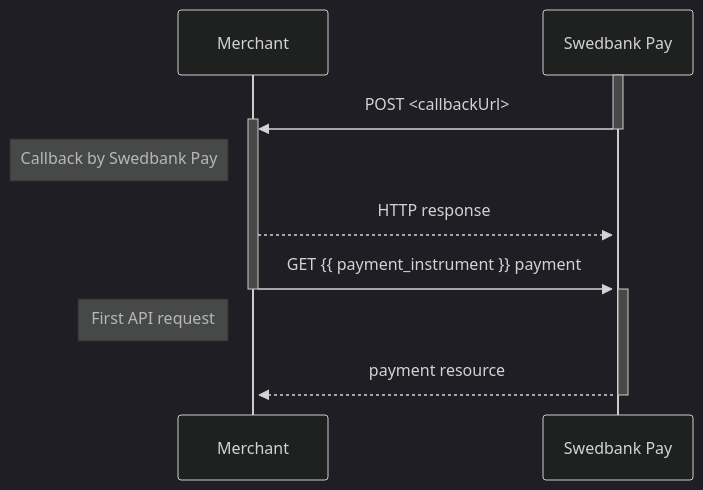
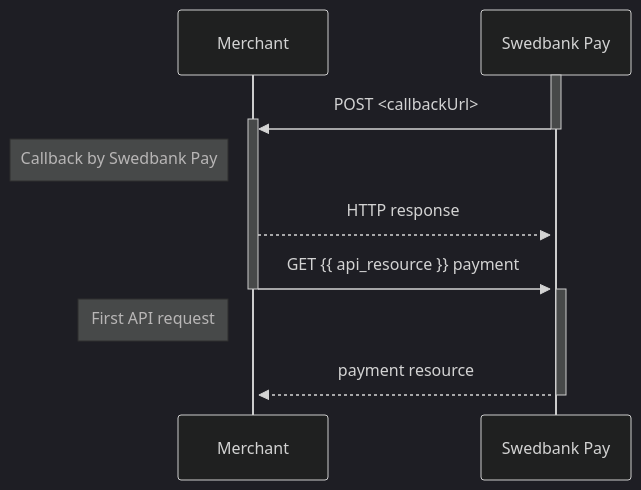
The diagram in _includes/callback-reference.md (SwedbankPay/developer.swedbankpay.com), drawn with Mermaid (dark theme) before and after one commit. The commit also changed other lines of this file and 46 other files, not shown here.

Commit message:
dx-934 changed payment_instrument to documentation_section or api_resource

````diff
--- a/_includes/callback-reference.md
+++ b/_includes/callback-reference.md
@@ -91,16 +91,16 @@
 ```mermaid
 sequenceDiagram
     Participant Merchant
     Participant SwedbankPay as Swedbank Pay
 
     activate SwedbankPay
     SwedbankPay->>+Merchant: POST <callbackUrl>
     deactivate SwedbankPay
     note left of Merchant: Callback by Swedbank Pay
     Merchant-->>+SwedbankPay: HTTP response
-    Merchant->>+SwedbankPay: GET {{ payment_instrument }} payment
+    Merchant->>+SwedbankPay: GET {{ api_resource }} payment
     deactivate Merchant
     note left of Merchant: First API request
     SwedbankPay-->>+Merchant: payment resource
     deactivate SwedbankPay
 ```
````
